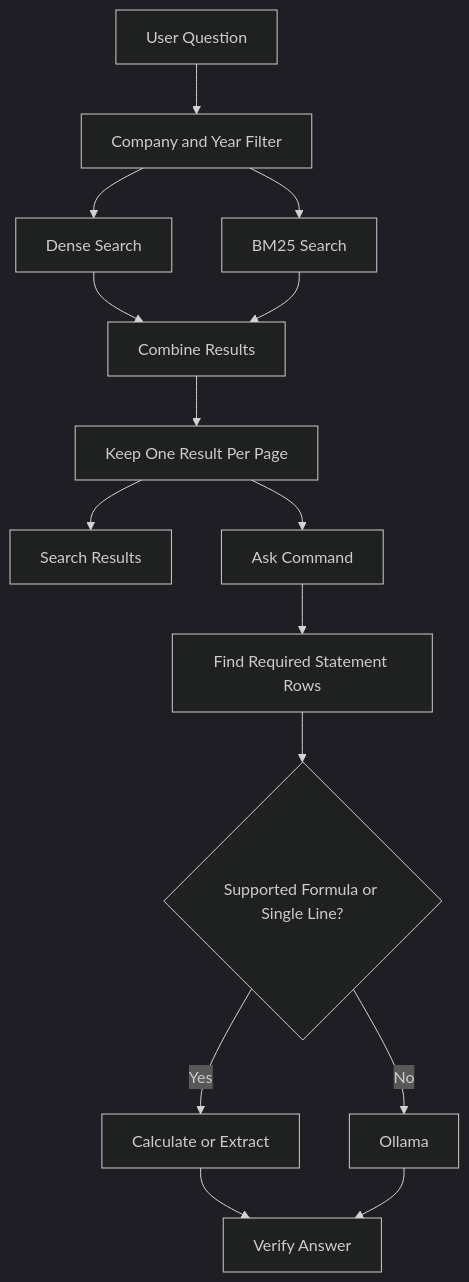
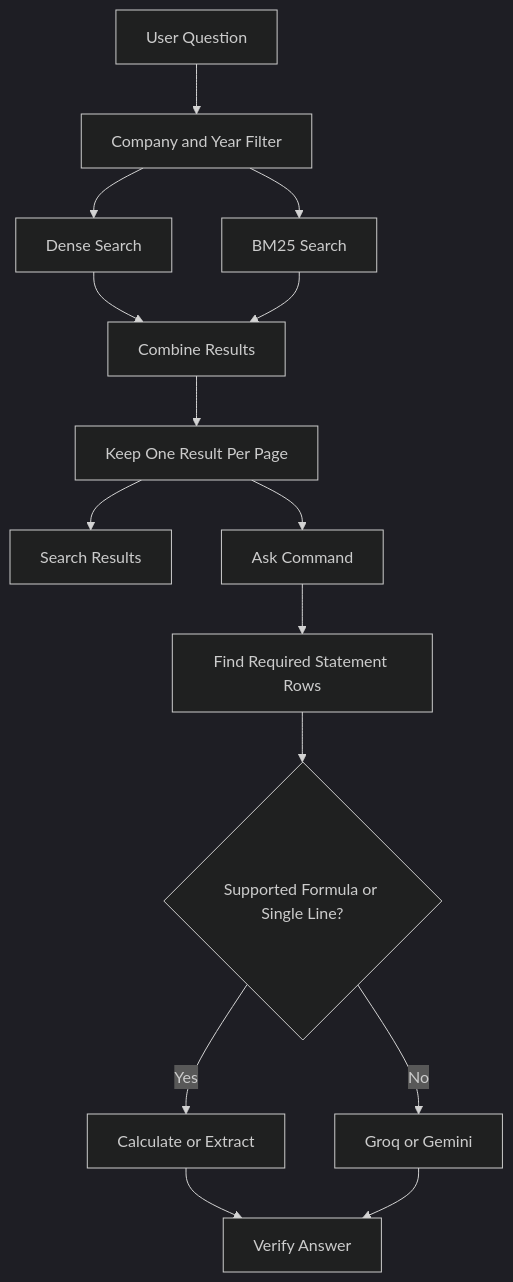
One commit to Nisahoorain/grounded-knowledge-search changed the diagram in README.md. Above: the diagram before and after it, drawn with Mermaid (dark theme). The commit also changed other lines of this file and 23 other files, not shown here.

````diff
--- a/README.md
+++ b/README.md
@@ -93,17 +96,17 @@
 ```mermaid
 flowchart TD
     A[User Question] --> B[Company and Year Filter]
     B --> C[Dense Search]
     B --> D[BM25 Search]
     C --> E[Combine Results]
     D --> E
     E --> F[Keep One Result Per Page]
     F --> G[Search Results]
     F --> H[Ask Command]
     H --> I[Find Required Statement Rows]
     I --> J{Supported Formula or Single Line?}
     J -->|Yes| K[Calculate or Extract]
-    J -->|No| L[Ollama]
+    J -->|No| L[Groq or Gemini]
     K --> M[Verify Answer]
     L --> M
 ```
````
